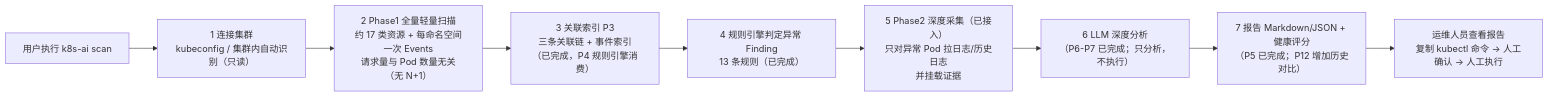
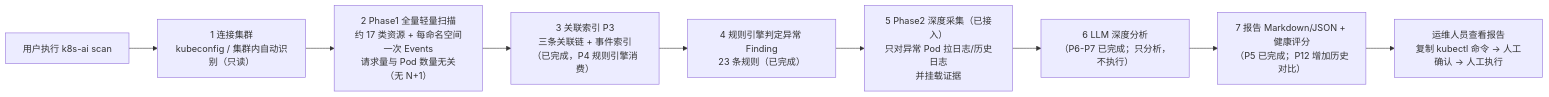
One commit to markguo123/k8s-ai changed the diagram in docs/TECHNICAL_GUIDE.md. Above: the diagram before and after it, drawn with Mermaid. The commit also changed other lines of this file and 4 other files, not shown here.

````diff
--- a/docs/TECHNICAL_GUIDE.md
+++ b/docs/TECHNICAL_GUIDE.md
@@ -163,11 +165,11 @@
 ```mermaid
 flowchart LR
     A["用户执行 k8s-ai scan"] --> B["1 连接集群<br/>kubeconfig / 集群内自动识别（只读）"]
     B --> C["2 Phase1 全量轻量扫描<br/>约 17 类资源 + 每命名空间一次 Events<br/>请求量与 Pod 数量无关（无 N+1）"]
     C --> D["3 关联索引 P3<br/>三条关联链 + 事件索引<br/>（已完成，P4 规则引擎消费）"]
-    D --> E["4 规则引擎判定异常 Finding<br/>13 条规则（已完成）"]
+    D --> E["4 规则引擎判定异常 Finding<br/>23 条规则（已完成）"]
     E --> F["5 Phase2 深度采集（已接入）<br/>只对异常 Pod 拉日志/历史日志<br/>并挂载证据"]
     F --> G["6 LLM 深度分析<br/>（P6-P7 已完成；只分析，不执行）"]
     G --> H["7 报告 Markdown/JSON + 健康评分<br/>（P5 已完成；P12 增加历史对比）"]
     H --> I["运维人员查看报告<br/>复制 kubectl 命令 → 人工确认 → 人工执行"]
 ```
````
